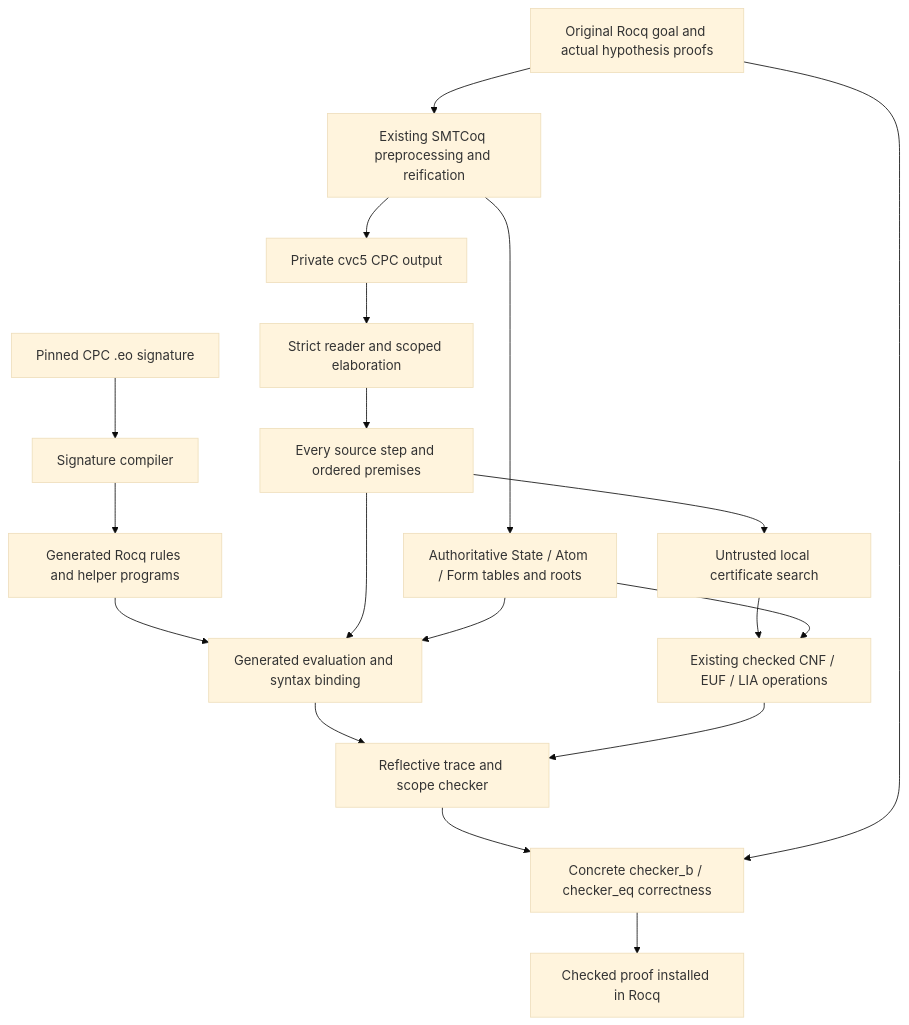
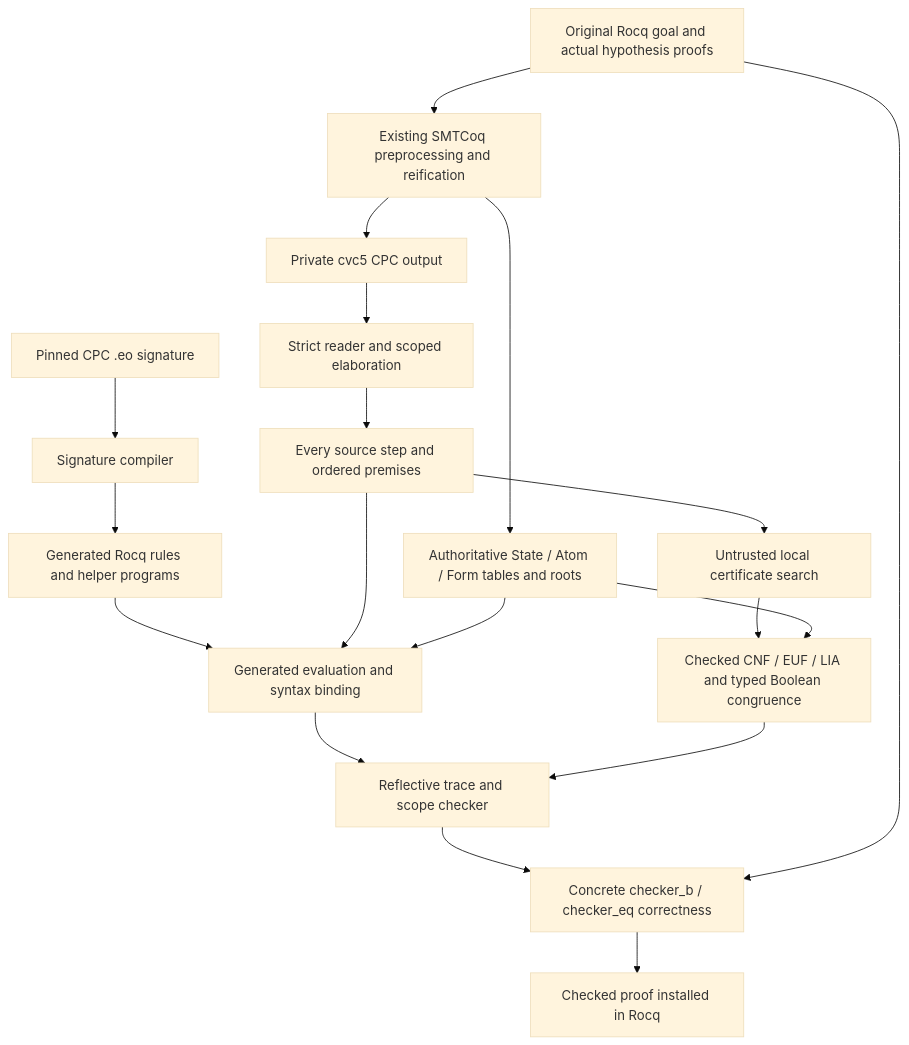
One commit to Humam-Alhusaini/SMTRocq changed the diagram in docs/eunoia/README.md. Above: the diagram before and after it, drawn with Mermaid (base theme). The commit also changed other lines of this file and 1 other file, not shown here.

Commit message:
docs(eunoia): Record verified Boolean and integer-cast integration milestones

````diff
--- a/docs/eunoia/README.md
+++ b/docs/eunoia/README.md
@@ -84,21 +90,21 @@
 ```mermaid
 flowchart TD
     Goal[Original Rocq goal and actual hypothesis proofs] --> Reify[Existing SMTCoq preprocessing and reification]
     Reify --> Tables[Authoritative State / Atom / Form tables and roots]
     Reify --> Solver[Private cvc5 CPC output]
     Solver --> Reader[Strict reader and scoped elaboration]
     Signature[Pinned CPC .eo signature] --> Generator[Signature compiler]
     Generator --> Generated[Generated Rocq rules and helper programs]
     Reader --> Steps[Every source step and ordered premises]
     Generated --> Syntax[Generated evaluation and syntax binding]
     Steps --> Syntax
     Tables --> Syntax
     Steps --> Search[Untrusted local certificate search]
-    Search --> Gate[Existing checked CNF / EUF / LIA operations]
+    Search --> Gate[Checked CNF / EUF / LIA and typed Boolean congruence]
     Tables --> Gate
     Syntax --> Trace[Reflective trace and scope checker]
     Gate --> Trace
     Trace --> Correctness[Concrete checker_b / checker_eq correctness]
     Goal --> Correctness
     Correctness --> Kernel[Checked proof installed in Rocq]
 ```
````
